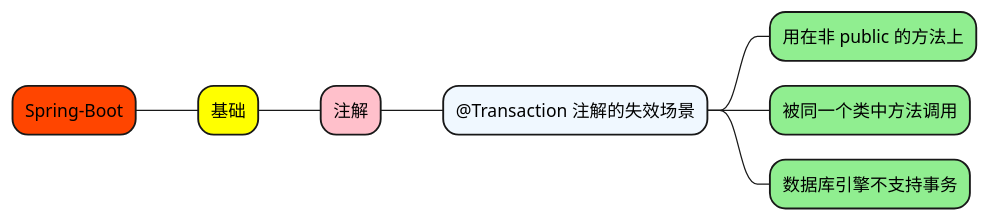
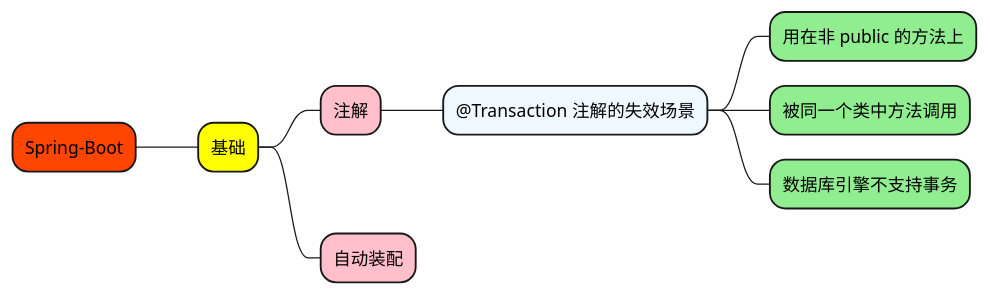
One commit to doveg/self-cultivation-of-a-software-engineer changed the diagram in 1_map/framework/Spring-Boot.puml. Above: the diagram before and after it, drawn with PlantUML. The commit also changed 16 other files, not shown here.

```diff
--- a/1_map/framework/Spring-Boot.puml
+++ b/1_map/framework/Spring-Boot.puml
@@ -1,14 +1,17 @@
 @startmindmap
 
 +[#OrangeRed] Spring-Boot
 
 ++[#yellow] 基础
 
 +++[#Pink] 注解
 ++++[#AliceBlue] @Transaction 注解的失效场景
 +++++[#LightGreen] 用在非 public 的方法上
 +++++[#LightGreen] 被同一个类中方法调用
 +++++[#LightGreen] 数据库引擎不支持事务
 
++++[#Pink] 自动装配
+
+
 
 @endmindmap
```
